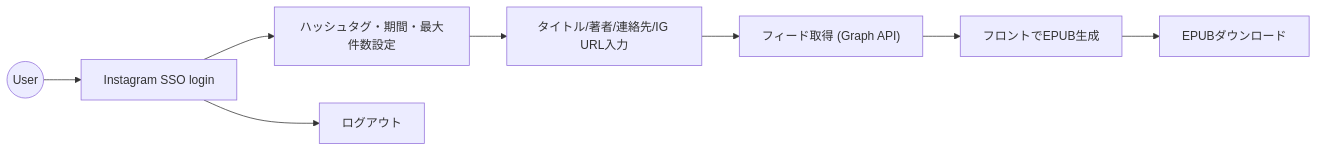
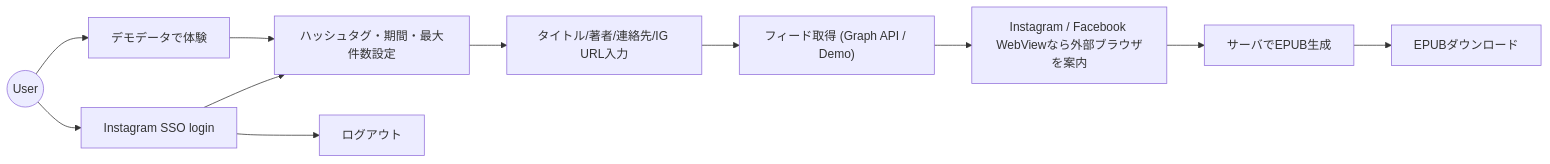
Before and after one commit to 1021ky/instagram-feed-epublisher: the diagram in docs/designdoc/flowchart LR.mmd, drawn with Mermaid. The commit also changed 11 other files, not shown here.

```diff
--- a/docs/designdoc/flowchart LR.mmd
+++ b/docs/designdoc/flowchart LR.mmd
@@ -1,12 +1,17 @@
 flowchart LR
     %% @mermaid-chart
     actor((User))
     login["Instagram SSO login"]
+    demo["デモデータで体験"]
     filters["ハッシュタグ・期間・最大件数設定"]
     meta["タイトル/著者/連絡先/IG URL入力"]
-    fetch["フィード取得 (Graph API)"]
-    build["フロントでEPUB生成"]
+    fetch["フィード取得 (Graph API / Demo)"]
+    banner["Instagram / Facebook WebViewなら外部ブラウザを案内"]
+    build["サーバでEPUB生成"]
     download["EPUBダウンロード"]
     logout["ログアウト"]
-    actor --> login --> filters --> meta --> fetch --> build --> download
+    actor --> login --> filters
+    actor --> demo --> filters
+    fetch --> banner --> build --> download
+    filters --> meta --> fetch
     login --> logout
```
